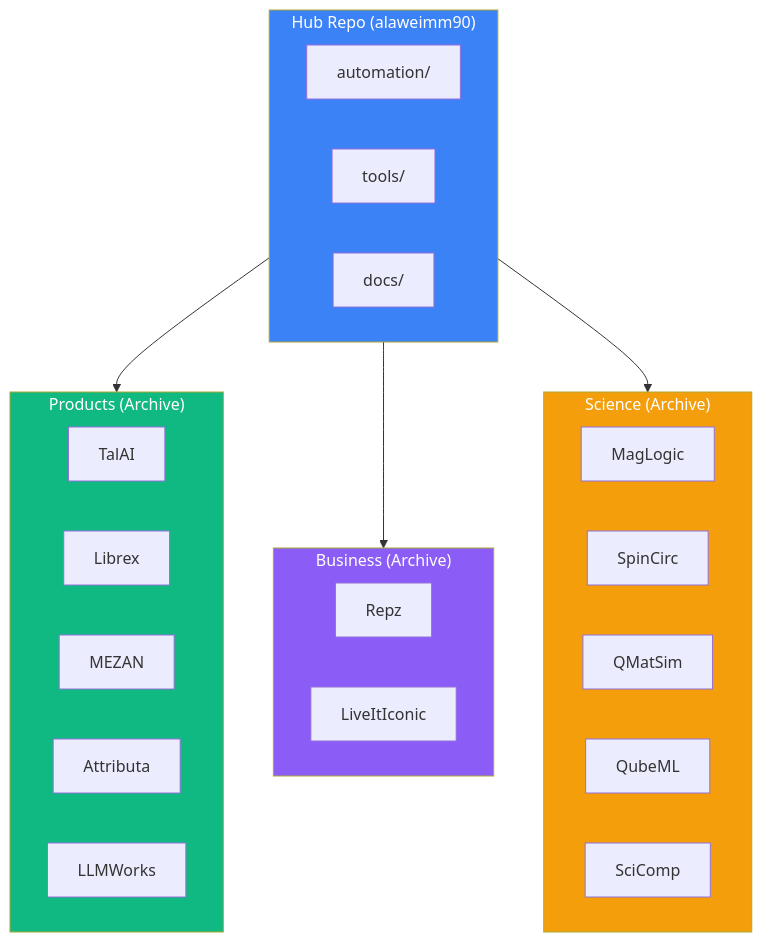
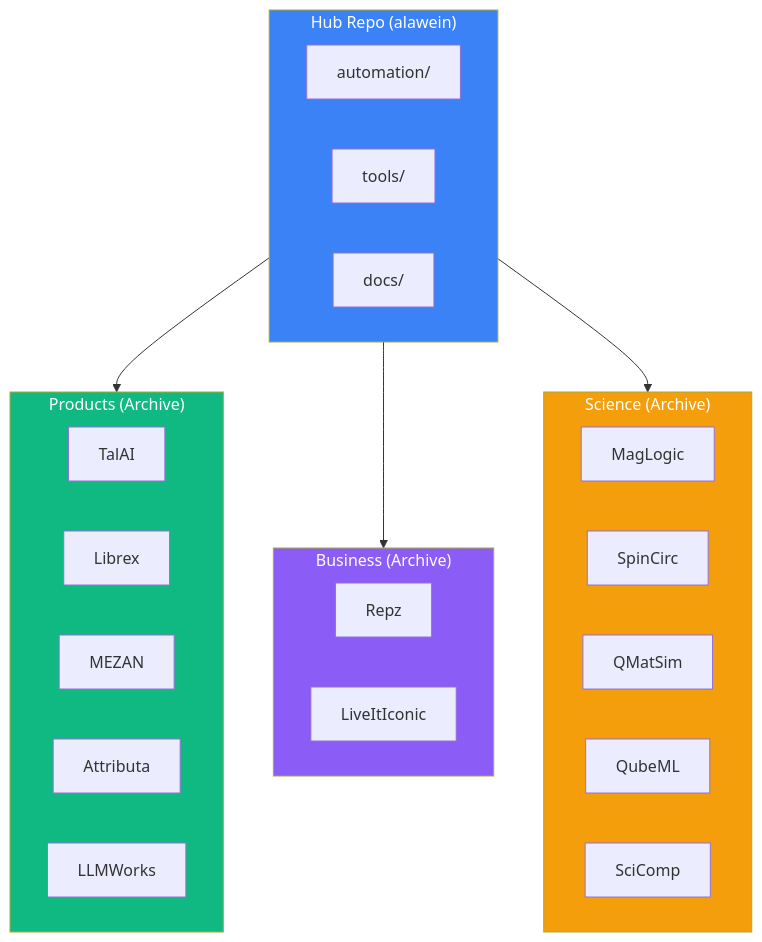
Before and after one commit to alaweimm90/alaweimm90: the diagram in docs/codemaps/INDEX.md, drawn with Mermaid. The commit also changed other lines of this file and 204 other files, not shown here.

````diff
--- a/docs/codemaps/INDEX.md
+++ b/docs/codemaps/INDEX.md
@@ -23,38 +23,38 @@
 ```mermaid
 flowchart TB
-    subgraph Hub["Hub Repo (alaweimm90)"]
+    subgraph Hub["Hub Repo (alawein)"]
         AUTO[automation/]
         TOOLS[tools/]
         DOCS[docs/]
     end
 
     subgraph Products["Products (Archive)"]
         TALAI[TalAI]
         LIBREX[Librex]
         MEZAN[MEZAN]
         ATTR[Attributa]
         LLM[LLMWorks]
     end
 
     subgraph Business["Business (Archive)"]
         REPZ[Repz]
         LII[LiveItIconic]
     end
 
     subgraph Science["Science (Archive)"]
         MAG[MagLogic]
         SPIN[SpinCirc]
         QMAT[QMatSim]
         QUBE[QubeML]
         SCI[SciComp]
     end
 
     Hub --> Products
     Hub --> Business
     Hub --> Science
 
     style Hub fill:#3B82F6,color:#fff
     style Products fill:#10B981,color:#fff
     style Business fill:#8B5CF6,color:#fff
     style Science fill:#F59E0B,color:#fff
 ```
````
